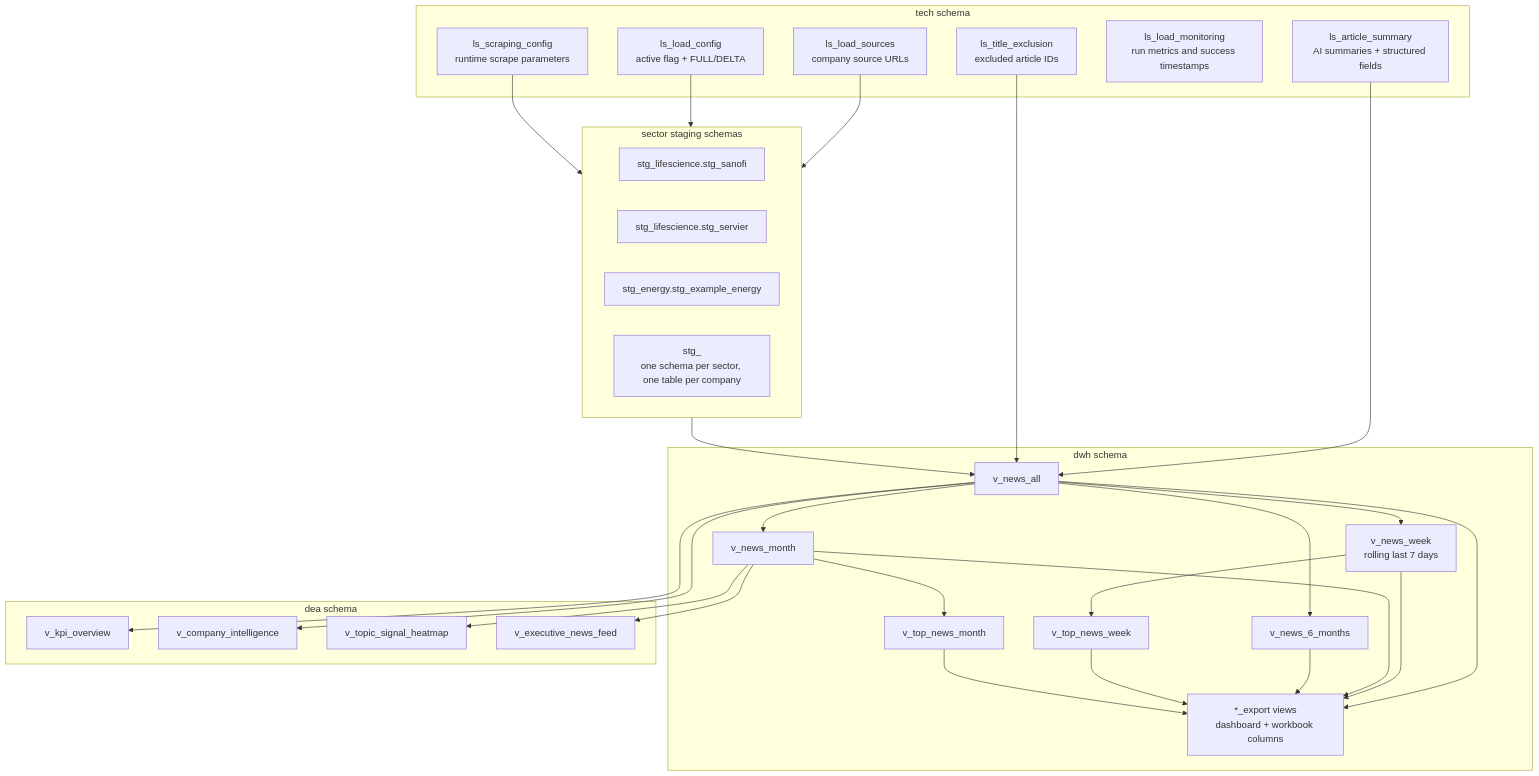
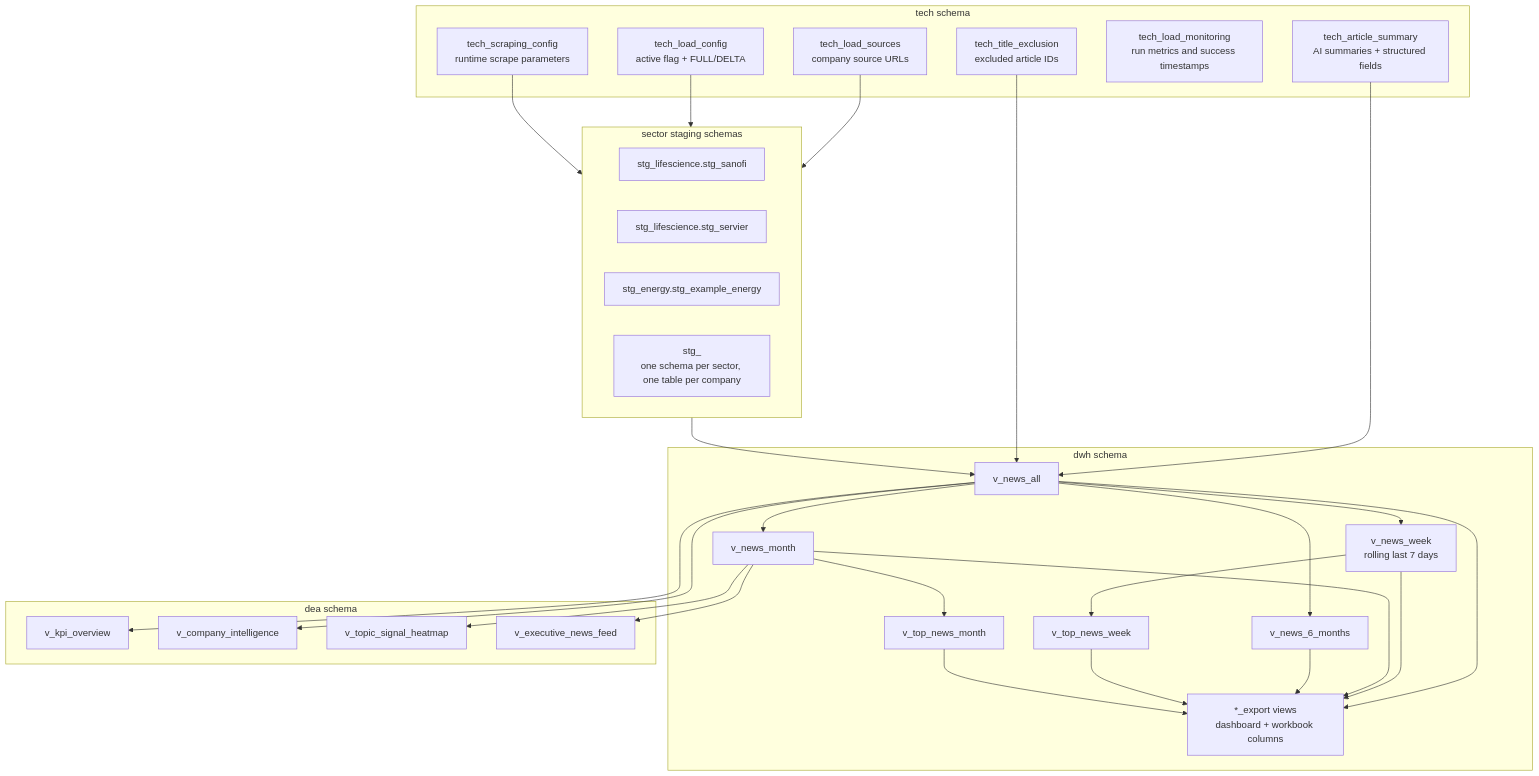
The third of 4 diagrams in docs/architecture/gtm_advisor_technical_architecture.md (valentinjoseph/lifescihub), drawn with Mermaid before and after one commit. The commit also changed other lines of this file and 33 other files, not shown here.

````diff
--- a/docs/architecture/gtm_advisor_technical_architecture.md
+++ b/docs/architecture/gtm_advisor_technical_architecture.md
@@ -141,57 +141,57 @@
 ```mermaid
 flowchart TB
     subgraph Tech["tech schema"]
-        LoadSources["ls_load_sources<br/>company source URLs"]
-        LoadConfig["ls_load_config<br/>active flag + FULL/DELTA"]
-        ScrapingConfig["ls_scraping_config<br/>runtime scrape parameters"]
-        TitleExclusion["ls_title_exclusion<br/>excluded article IDs"]
-        Monitoring["ls_load_monitoring<br/>run metrics and success timestamps"]
-        Summary["ls_article_summary<br/>AI summaries + structured fields"]
+        LoadSources["tech_load_sources<br/>company source URLs"]
+        LoadConfig["tech_load_config<br/>active flag + FULL/DELTA"]
+        ScrapingConfig["tech_scraping_config<br/>runtime scrape parameters"]
+        TitleExclusion["tech_title_exclusion<br/>excluded article IDs"]
+        Monitoring["tech_load_monitoring<br/>run metrics and success timestamps"]
+        Summary["tech_article_summary<br/>AI summaries + structured fields"]
     end
 
     subgraph Staging["sector staging schemas"]
         Stg1["stg_lifescience.stg_sanofi"]
         Stg2["stg_lifescience.stg_servier"]
         Stg3["stg_energy.stg_example_energy"]
         StgN["stg_<industry_sector><br/>one schema per sector, one table per company"]
     end
 
     subgraph DWH["dwh schema"]
         All["v_news_all"]
         Week["v_news_week<br/>rolling last 7 days"]
         Month["v_news_month"]
         SixMonths["v_news_6_months"]
         TopWeek["v_top_news_week"]
         TopMonth["v_top_news_month"]
         ExportViews["*_export views<br/>dashboard + workbook columns"]
     end
 
     subgraph DEA["dea schema"]
         Kpis["v_kpi_overview"]
         CompanyIntel["v_company_intelligence"]
         TopicSignals["v_topic_signal_heatmap"]
         ExecFeed["v_executive_news_feed"]
     end
 
     LoadSources --> Staging
     LoadConfig --> Staging
     ScrapingConfig --> Staging
     Staging --> All
     Summary --> All
     TitleExclusion --> All
     All --> Week
     All --> Month
     All --> SixMonths
     Week --> TopWeek
     Month --> TopMonth
     All --> ExportViews
     Week --> ExportViews
     Month --> ExportViews
     SixMonths --> ExportViews
     All --> Kpis
     All --> CompanyIntel
     Month --> TopicSignals
     Month --> ExecFeed
     TopWeek --> ExportViews
     TopMonth --> ExportViews
 ```
````
